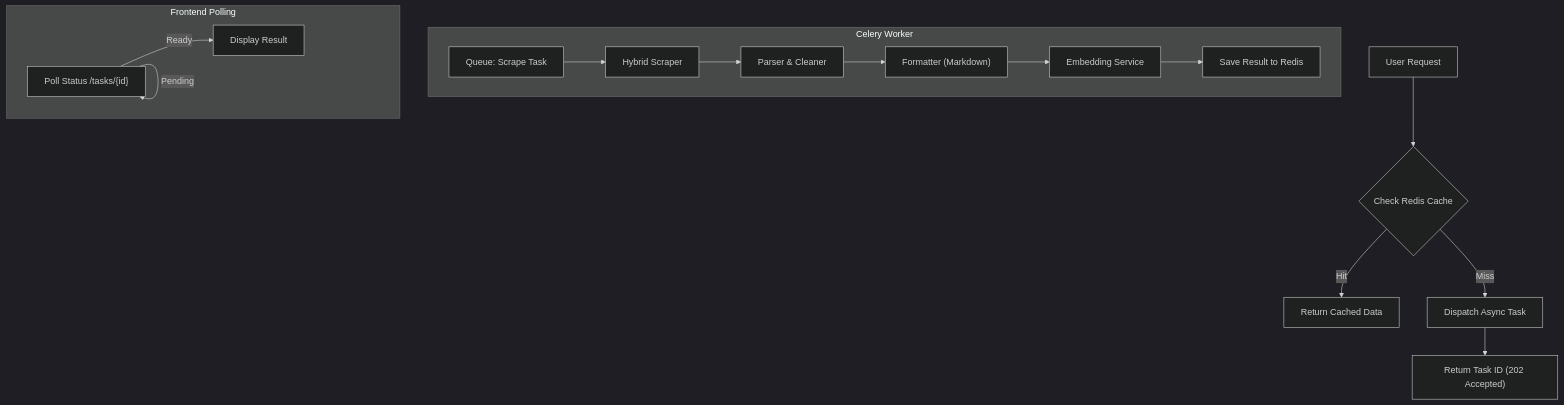
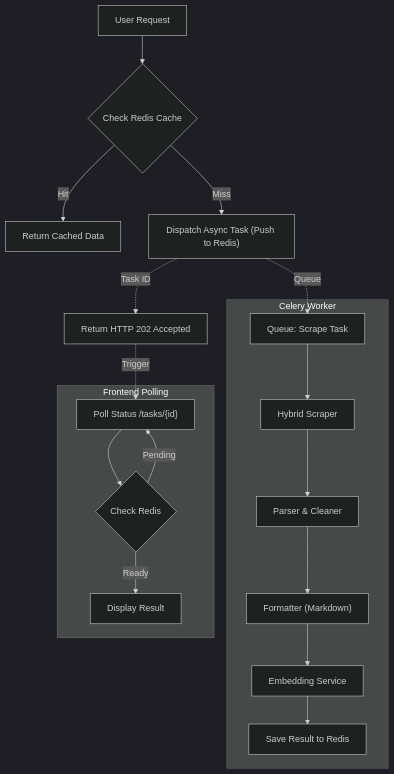
One commit to hassan-khan-web/flux-serp-gateway changed the diagram in README.md. Above: the diagram before and after it, drawn with Mermaid (dark theme).

````diff
--- a/README.md
+++ b/README.md
@@ -38,20 +38,23 @@
 ```mermaid
 graph TD
     A["User Request"] --> B{"Check Redis Cache"}
     B -- Hit --> C["Return Cached Data"]
-    B -- Miss --> D["Dispatch Async Task"]
-    D --> E["Return Task ID (202 Accepted)"]
-    
+    B -- Miss --> D["Dispatch Async Task (Push to Redis)"]
+    D -.->|Task ID| E["Return HTTP 202 Accepted"]
+    D -.->|Queue| F
+    E -.->|Trigger| L
+
     subgraph "Celery Worker"
         F["Queue: Scrape Task"] --> G["Hybrid Scraper"]
         G --> H["Parser & Cleaner"]
         H --> I["Formatter (Markdown)"]
         I --> J["Embedding Service"]
         J --> K["Save Result to Redis"]
     end
 
     subgraph "Frontend Polling"
-        L["Poll Status /tasks/{id}"] -- Ready --> M["Display Result"]
-        L -- Pending --> L
+        L["Poll Status /tasks/{id}"] --> N{"Check Redis"}
+        N -- Ready --> M["Display Result"]
+        N -- Pending --> L
     end
 ```
````
